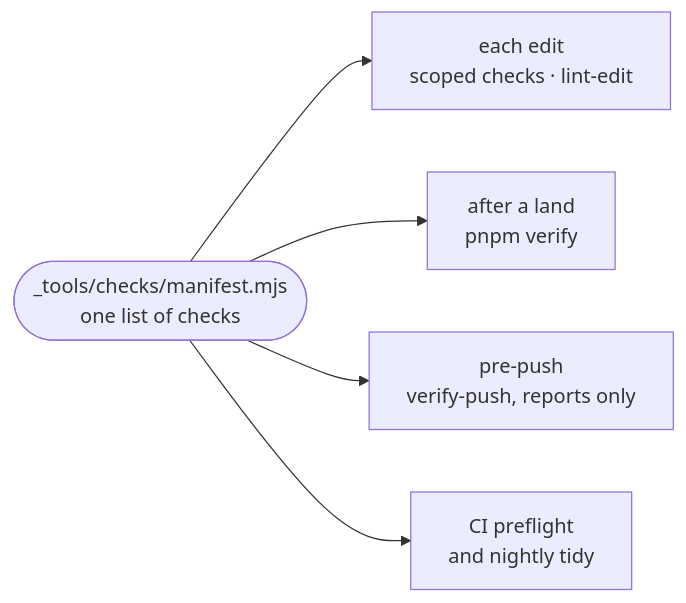
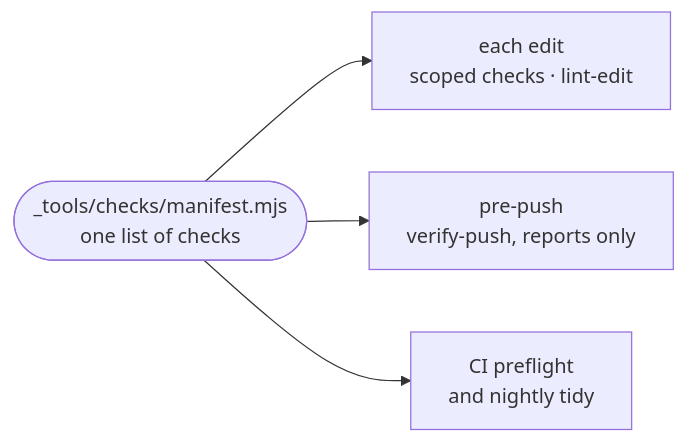
One commit to intentic/intentic changed the diagram in docs/architecture/conventions.md. Above: the diagram before and after it, drawn with Mermaid. The commit also changed other lines of this file and 284 other files, not shown here.

````diff
--- a/docs/architecture/conventions.md
+++ b/docs/architecture/conventions.md
@@ -5,7 +5,6 @@
 ```mermaid
 flowchart LR
     list(["_tools/checks/manifest.mjs<br/>one list of checks"]) --> edit["each edit<br/>scoped checks · lint-edit"]
-    list --> land["after a land<br/>pnpm verify"]
     list --> push["pre-push<br/>verify-push, reports only"]
     list --> ci["CI preflight<br/>and nightly tidy"]
 ```
````
